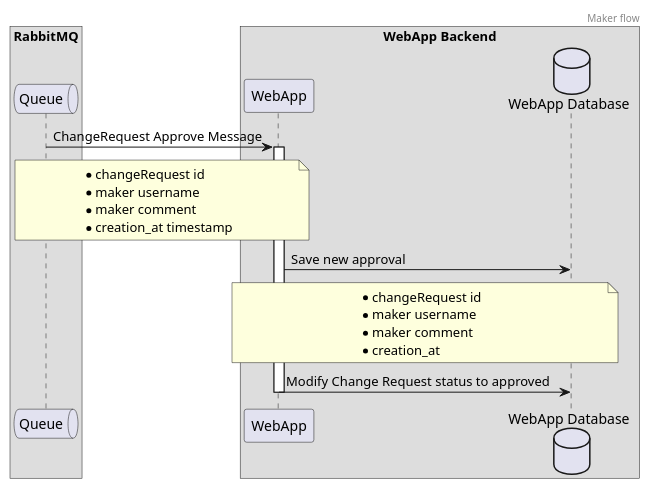
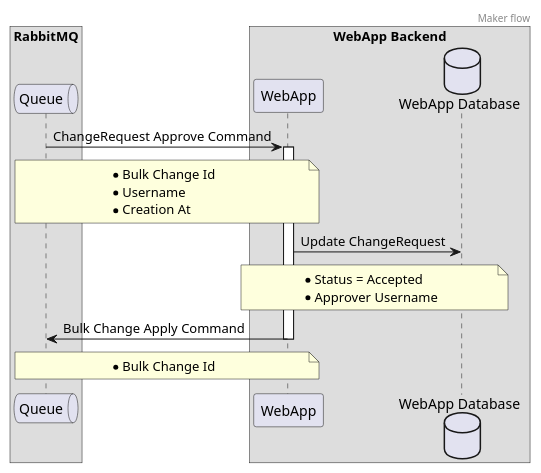
One commit to ngraczykowski/iris-root changed the diagram in modules/webapp/sens-webapp-documentation/src/docs/asciidoc/adrs/diagrams/handling-approve-message.puml. Above: the diagram before and after it, drawn with PlantUML. The commit also changed 6 other files, not shown here.

First line of the commit message:
INTERNAL: ADRs for Maker/Approver

```diff
--- a/modules/webapp/sens-webapp-documentation/src/docs/asciidoc/adrs/diagrams/handling-approve-message.puml
+++ b/modules/webapp/sens-webapp-documentation/src/docs/asciidoc/adrs/diagrams/handling-approve-message.puml
@@ -1,37 +1,38 @@
 @startuml
 header Maker flow
 
 box "WebApp Backend"
     participant Backend as "WebApp" order 20
     database WebAppDB as "WebApp Database" order 30
 end box
 
 box "RabbitMQ"
     queue Queue order 10
 end box
 
-Queue -> Backend : ChangeRequest Approve Message
+Queue -> Backend : ChangeRequest Approve Command
 
 note over Queue, Backend
-    * changeRequest id
-    * maker username
-    * maker comment
-    * creation_at timestamp
+    * Bulk Change Id
+    * Username
+    * Creation At
 end note
 
 activate Backend
 
-Backend -> WebAppDB : Save new approval
+Backend -> WebAppDB : Update ChangeRequest
 
 note over Backend, WebAppDB
-    * changeRequest id
-    * maker username
-    * maker comment
-    * creation_at
+    * Status = Accepted
+    * Approver Username
 end note
 
-Backend -> WebAppDB: Modify Change Request status to approved
+Backend -> Queue : Bulk Change Apply Command
+note over Queue, Backend
+    * Bulk Change Id
+end note
+
 
 deactivate Backend
 
 @enduml
```
